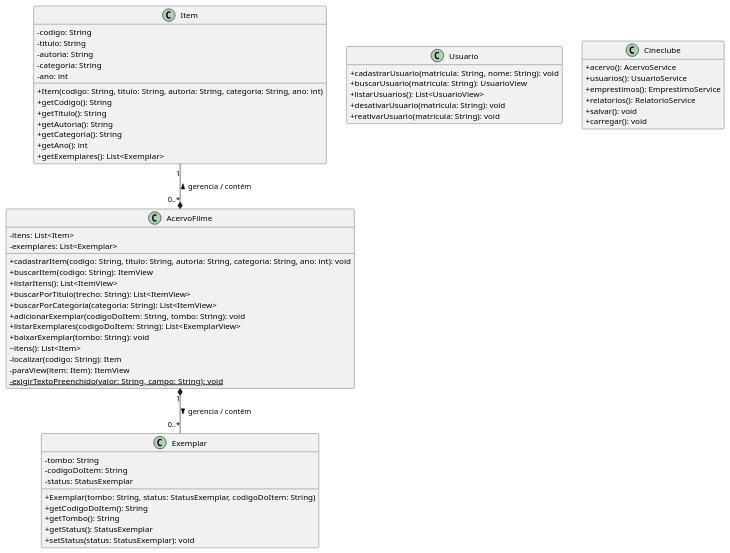
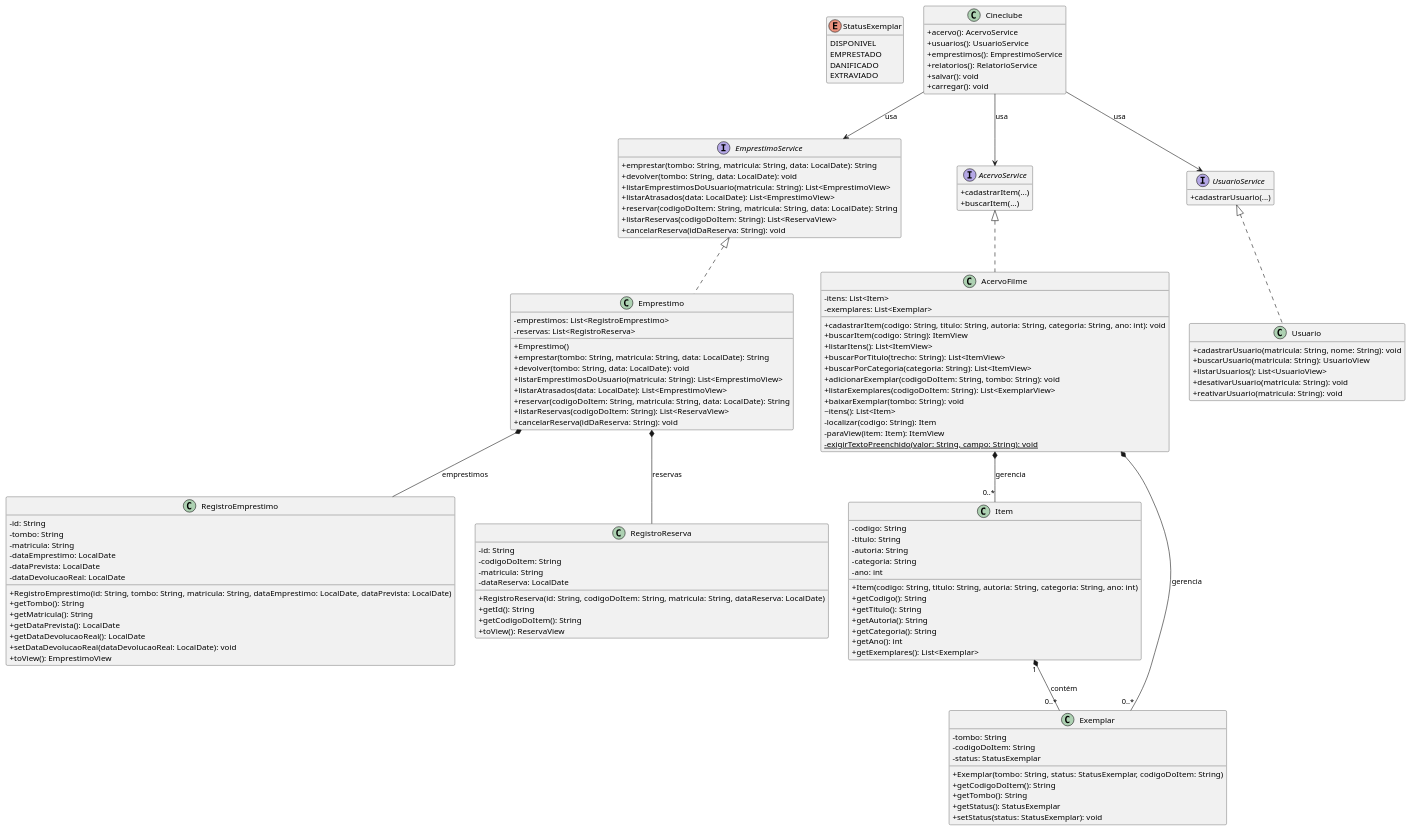
Before and after one commit to poo-dcx-2026-2/Alta-Cupula: the diagram in docs/modelo.puml, drawn with PlantUML.

Commit message:
Remodelagem do Modelo UML para melhor equiparar ao projeto.

```diff
--- a/docs/modelo.puml
+++ b/docs/modelo.puml
@@ -1,79 +1,160 @@
 @startuml
 ' Modelo de domínio do sistema: Entrega 1.
 '
 ' Este arquivo é o ponto de partida. Substitua pelo modelo da sua equipe.
 ' O diagrama precisa corresponder ao código entregue.
 '
 ' Para gerar a imagem: instale o plugin PlantUML no IntelliJ, ou use
 '   plantuml docs/modelo.puml
 ' e versione a imagem gerada ao lado deste arquivo.
 
+hide empty members
 skinparam classAttributeIconSize 0
-hide empty members
+skinparam defaultTextAlignment center
+
+' --- ENUMS ---
+enum StatusExemplar {
+    DISPONIVEL
+    EMPRESTADO
+    DANIFICADO
+    EXTRAVIADO
+}
+
+' --- INTERFACES ---
+interface EmprestimoService {
+    + emprestar(tombo: String, matricula: String, data: LocalDate): String
+    + devolver(tombo: String, data: LocalDate): void
+    + listarEmprestimosDoUsuario(matricula: String): List<EmprestimoView>
+    + listarAtrasados(data: LocalDate): List<EmprestimoView>
+    + reservar(codigoDoItem: String, matricula: String, data: LocalDate): String
+    + listarReservas(codigoDoItem: String): List<ReservaView>
+    + cancelarReserva(idDaReserva: String): void
+}
+
+interface AcervoService {
+    + cadastrarItem(...)
+    + buscarItem(...)
+}
+
+interface UsuarioService {
+    + cadastrarUsuario(...)
+}
+
+' --- CLASSES DE DOMÍNIO E SERVIÇOS ---
+
+class Cineclube {
+    + acervo(): AcervoService
+    + usuarios(): UsuarioService
+    + emprestimos(): EmprestimoService
+    + relatorios(): RelatorioService
+    + salvar(): void
+    + carregar(): void
+}
 
 class Item {
     - codigo: String
     - titulo: String
     - autoria: String
     - categoria: String
     - ano: int
     + Item(codigo: String, titulo: String, autoria: String, categoria: String, ano: int)
     + getCodigo(): String
     + getTitulo(): String
     + getAutoria(): String
     + getCategoria(): String
     + getAno(): int
     + getExemplares(): List<Exemplar>
 }
 
 class Exemplar {
     - tombo: String
     - codigoDoItem: String
     - status: StatusExemplar
     + Exemplar(tombo: String, status: StatusExemplar, codigoDoItem: String)
     + getCodigoDoItem(): String
     + getTombo(): String
     + getStatus(): StatusExemplar
     + setStatus(status: StatusExemplar): void
 }
 
-class Usuario {
-    + cadastrarUsuario(matricula: String, nome: String): void
-    + buscarUsuario(matricula: String): UsuarioView
-    + listarUsuarios(): List<UsuarioView>
-    + desativarUsuario(matricula: String): void
-    + reativarUsuario(matricula: String): void
-}
-
-class Cineclube {
-    + acervo(): AcervoService
-    + usuarios(): UsuarioService
-    + emprestimos(): EmprestimoService
-    + relatorios(): RelatorioService
-    + salvar(): void
-    + carregar(): void
-}
-
 class AcervoFilme {
     - itens: List<Item>
     - exemplares: List<Exemplar>
     + cadastrarItem(codigo: String, titulo: String, autoria: String, categoria: String, ano: int): void
     + buscarItem(codigo: String): ItemView
     + listarItens(): List<ItemView>
     + buscarPorTitulo(trecho: String): List<ItemView>
     + buscarPorCategoria(categoria: String): List<ItemView>
     + adicionarExemplar(codigoDoItem: String, tombo: String): void
     + listarExemplares(codigoDoItem: String): List<ExemplarView>
     + baixarExemplar(tombo: String): void
     ~ itens(): List<Item>
     - localizar(codigo: String): Item
     - paraView(item: Item): ItemView
     {static} - exigirTextoPreenchido(valor: String, campo: String): void
 }
 
-AcervoFilme "1" *-- "0..*" Exemplar : gerencia / contém >
-Item "1" --* "0..*" AcervoFilme : gerencia / contém <
+class Usuario {
+    + cadastrarUsuario(matricula: String, nome: String): void
+    + buscarUsuario(matricula: String): UsuarioView
+    + listarUsuarios(): List<UsuarioView>
+    + desativarUsuario(matricula: String): void
+    + reativarUsuario(matricula: String): void
+}
 
+class Emprestimo {
+    - emprestimos: List<RegistroEmprestimo>
+    - reservas: List<RegistroReserva>
+    + Emprestimo()
+    + emprestar(tombo: String, matricula: String, data: LocalDate): String
+    + devolver(tombo: String, data: LocalDate): void
+    + listarEmprestimosDoUsuario(matricula: String): List<EmprestimoView>
+    + listarAtrasados(data: LocalDate): List<EmprestimoView>
+    + reservar(codigoDoItem: String, matricula: String, data: LocalDate): String
+    + listarReservas(codigoDoItem: String): List<ReservaView>
+    + cancelarReserva(idDaReserva: String): void
+}
 
+class RegistroEmprestimo {
+    - id: String
+    - tombo: String
+    - matricula: String
+    - dataEmprestimo: LocalDate
+    - dataPrevista: LocalDate
+    - dataDevolucaoReal: LocalDate
+    + RegistroEmprestimo(id: String, tombo: String, matricula: String, dataEmprestimo: LocalDate, dataPrevista: LocalDate)
+    + getTombo(): String
+    + getMatricula(): String
+    + getDataPrevista(): LocalDate
+    + getDataDevolucaoReal(): LocalDate
+    + setDataDevolucaoReal(dataDevolucaoReal: LocalDate): void
+    + toView(): EmprestimoView
+}
+
+class RegistroReserva {
+    - id: String
+    - codigoDoItem: String
+    - matricula: String
+    - dataReserva: LocalDate
+    + RegistroReserva(id: String, codigoDoItem: String, matricula: String, dataReserva: LocalDate)
+    + getId(): String
+    + getCodigoDoItem(): String
+    + toView(): ReservaView
+}
+
+EmprestimoService <|.. Emprestimo
+AcervoService <|.. AcervoFilme
+UsuarioService <|.. Usuario
+
+Emprestimo *-- RegistroEmprestimo : "emprestimos"
+Emprestimo *-- RegistroReserva : "reservas"
+
+AcervoFilme *-- "0..*" Item : "gerencia"
+AcervoFilme *-- "0..*" Exemplar : "gerencia"
+Item "1" *-- "0..*" Exemplar : "contém"
+
+Cineclube --> AcervoService : "usa"
+Cineclube --> UsuarioService : "usa"
+Cineclube --> EmprestimoService : "usa"
 
 @enduml
```
